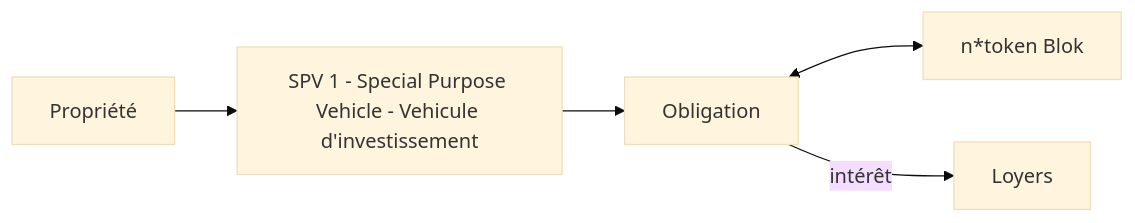
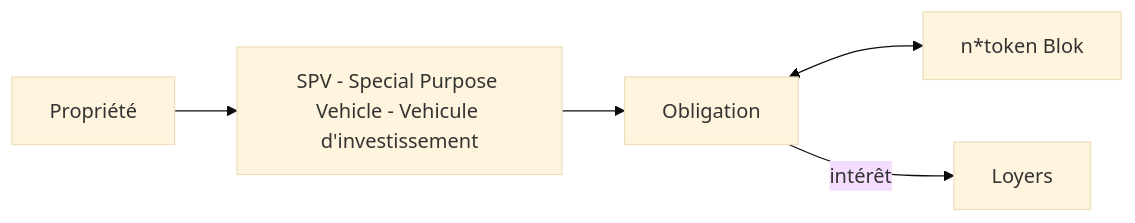
One commit to minus78/minus78.github.io changed the diagram in _posts/2022-11-14-Blok.markdown. Above: the diagram before and after it, drawn with Mermaid (base theme).

Commit message:
small correction

````diff
--- a/_posts/2022-11-14-Blok.markdown
+++ b/_posts/2022-11-14-Blok.markdown
@@ -20,6 +20,6 @@
 ```mermaid
 flowchart LR
     A[Propriété]-->
-    B[SPV 1 - Special Purpose Vehicle - Vehicule d'investissement] --> C[Obligation] <--> D[n*token Blok]
+    B[SPV - Special Purpose Vehicle - Vehicule d'investissement] --> C[Obligation] <--> D[n*token Blok]
     C -- intérêt --> E[Loyers]
 ```
````
